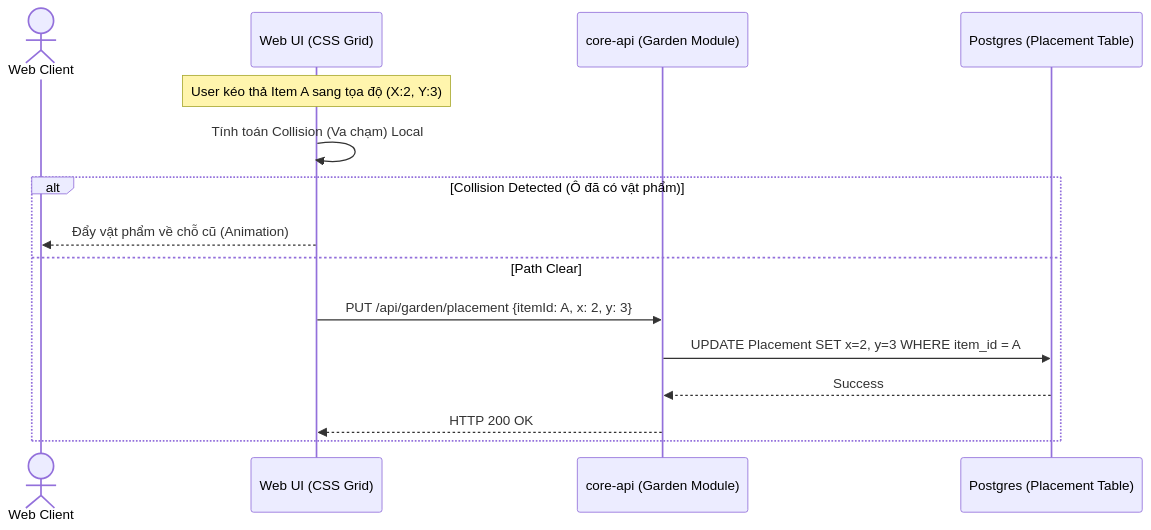
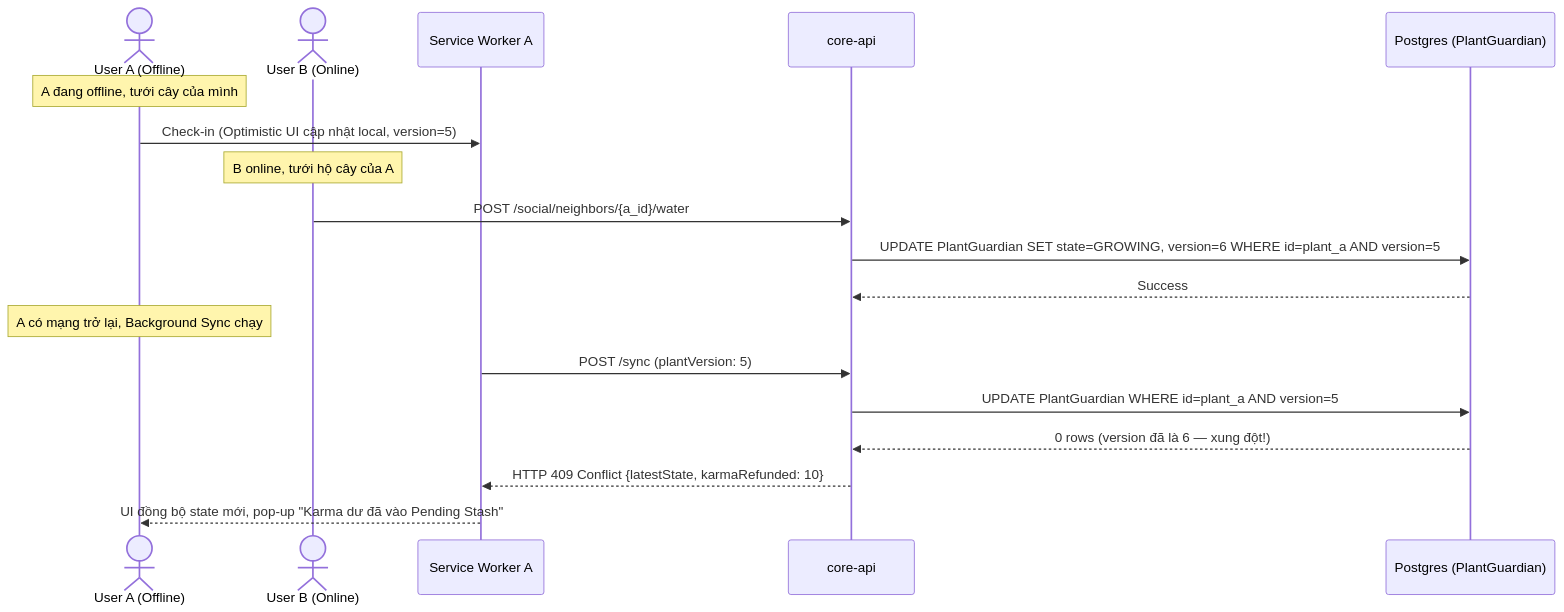
One commit to minhle106cse/distributed-social-platform changed the fourth of 6 diagrams in docs/03_system_architecture_diagrams.md. Above: the diagram before and after it, drawn with Mermaid. The commit also changed other lines of this file and 11 other files, not shown here.

````diff
--- a/docs/03_system_architecture_diagrams.md
+++ b/docs/03_system_architecture_diagrams.md
@@ -174,18 +184,24 @@
 ```mermaid
 sequenceDiagram
-    actor User as Web Client
-    participant UI as Web UI (CSS Grid)
-    participant API as core-api (Garden Module)
-    participant DB as Postgres (Placement Table)
+    actor UserA as User A (Offline)
+    actor UserB as User B (Online)
+    participant SW as Service Worker A
+    participant API as core-api
+    participant DB as Postgres (PlantGuardian)
 
-    Note over UI: User kéo thả Item A sang tọa độ (X:2, Y:3)
-    UI->>UI: Tính toán Collision (Va chạm) Local
-    alt Collision Detected (Ô đã có vật phẩm)
-        UI-->>User: Đẩy vật phẩm về chỗ cũ (Animation)
-    else Path Clear
-        UI->>API: PUT /api/garden/placement {itemId: A, x: 2, y: 3}
-        API->>DB: UPDATE Placement SET x=2, y=3 WHERE item_id = A
-        DB-->>API: Success
-        API-->>UI: HTTP 200 OK
-    end
+    Note over UserA: A đang offline, tưới cây của mình
+    UserA->>SW: Check-in (Optimistic UI cập nhật local, version=5)
+
+    Note over UserB: B online, tưới hộ cây của A
+    UserB->>API: POST /social/neighbors/{a_id}/water
+    API->>DB: UPDATE PlantGuardian SET state=GROWING, version=6 WHERE id=plant_a AND version=5
+    DB-->>API: Success
+
+    Note over UserA: A có mạng trở lại, Background Sync chạy
+    SW->>API: POST /sync (plantVersion: 5)
+    API->>DB: UPDATE PlantGuardian WHERE id=plant_a AND version=5
+    DB-->>API: 0 rows (version đã là 6 — xung đột!)
+
+    API-->>SW: HTTP 409 Conflict {latestState, karmaRefunded: 10}
+    SW-->>UserA: UI đồng bộ state mới, pop-up "Karma dư đã vào Pending Stash"
 ```
````
